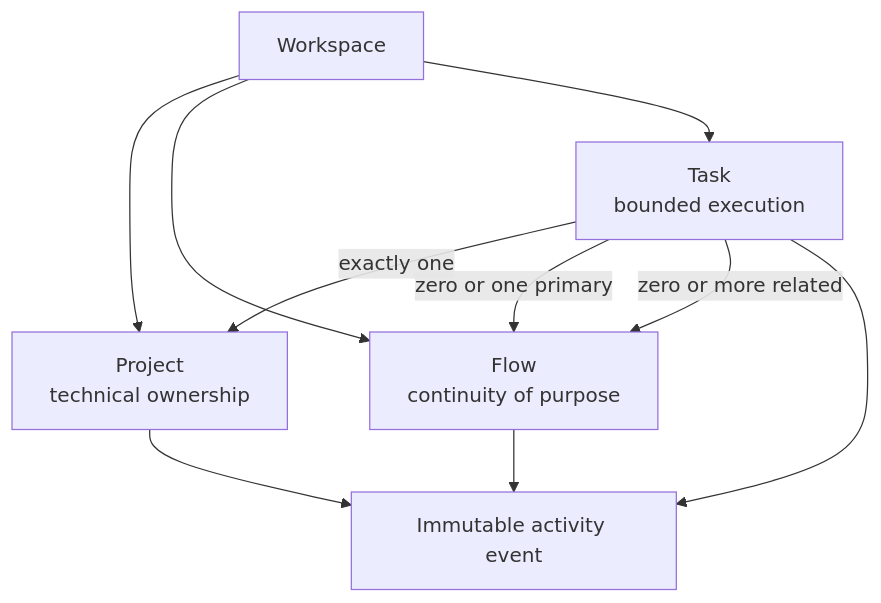
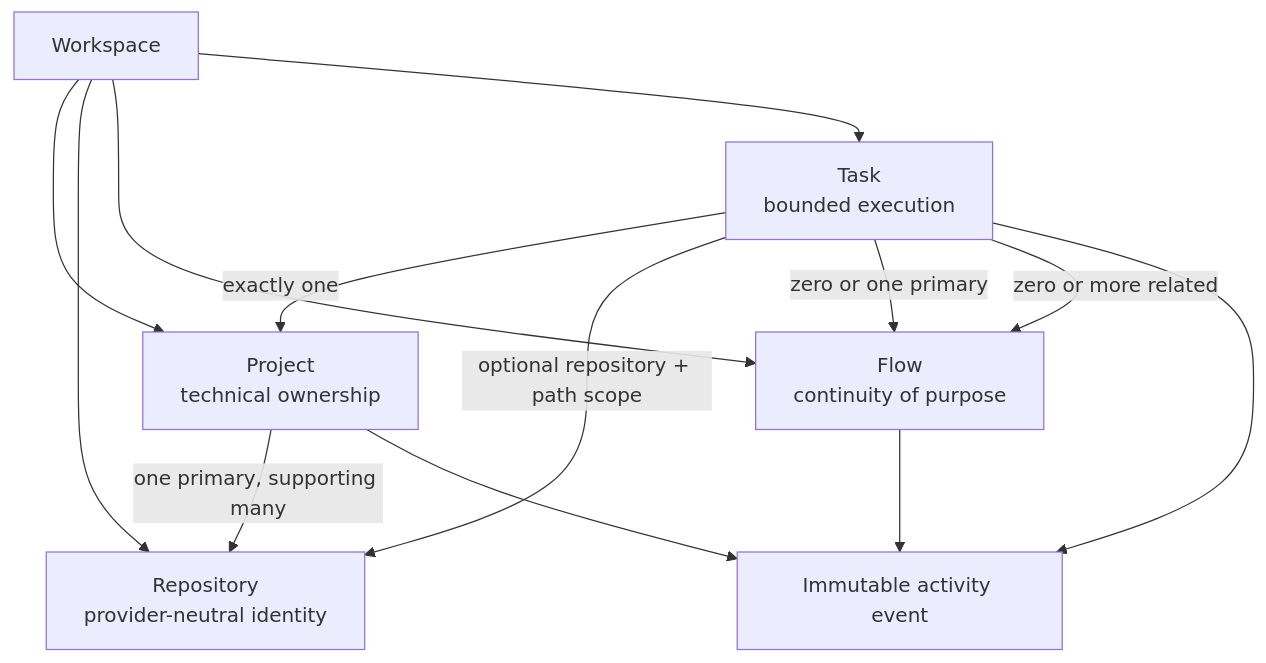
Before and after one commit to kstroevsky/anklav: the third of 3 diagrams in docs/architecture.md, drawn with Mermaid. The commit also changed other lines of this file and 24 other files, not shown here.

Commit message:
Feature: Add repository-scoped task contracts

````diff
--- a/docs/architecture.md
+++ b/docs/architecture.md
@@ -78,12 +78,15 @@
 ```mermaid
 flowchart TD
   workspace["Workspace"] --> project["Project\ntechnical ownership"]
+  workspace --> repository["Repository\nprovider-neutral identity"]
   workspace --> flow["Flow\ncontinuity of purpose"]
   workspace --> task["Task\nbounded execution"]
   task -->|"exactly one"| project
+  project -->|"one primary, supporting many"| repository
+  task -->|"optional repository + path scope"| repository
   task -->|"zero or one primary"| flow
   task -->|"zero or more related"| flow
   task --> activity["Immutable activity event"]
   flow --> activity
   project --> activity
 ```
````
